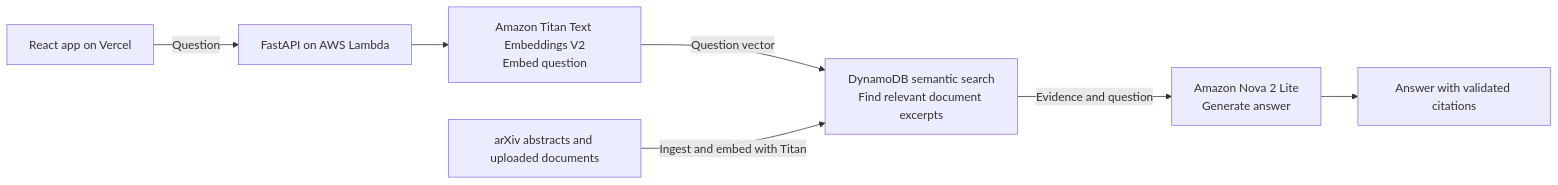
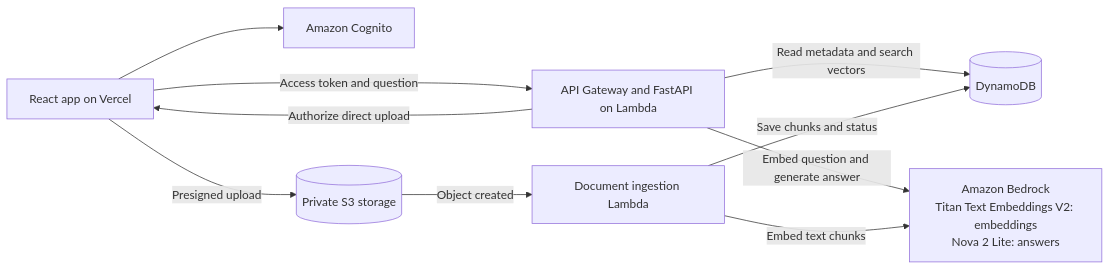
One commit to sldude/research-agent changed the diagram in README.md. Above: the diagram before and after it, drawn with Mermaid. The commit also changed other lines of this file, not shown here.

````diff
--- a/README.md
+++ b/README.md
@@ -34,9 +34,12 @@
 ```mermaid
 flowchart LR
-    UI[React app on Vercel] -->|Question| API[FastAPI on AWS Lambda]
-    API --> Titan["Amazon Titan Text Embeddings V2<br/>Embed question"]
-    Titan -->|Question vector| Search["DynamoDB semantic search<br/>Find relevant document excerpts"]
-    Search -->|Evidence and question| Nova["Amazon Nova 2 Lite<br/>Generate answer"]
-    Nova --> Answer[Answer with validated citations]
-    Docs[arXiv abstracts and uploaded documents] -->|Ingest and embed with Titan| Search
+    UI[React app on Vercel] --> Auth[Amazon Cognito]
+    UI -->|Access token and question| API[API Gateway and FastAPI on Lambda]
+    API -->|Read metadata and search vectors| DB[(DynamoDB)]
+    API -->|Embed question and generate answer| AI["Amazon Bedrock<br/>Titan Text Embeddings V2: embeddings<br/>Nova 2 Lite: answers"]
+    API -->|Authorize direct upload| UI
+    UI -->|Presigned upload| S3[(Private S3 storage)]
+    S3 -->|Object created| Worker[Document ingestion Lambda]
+    Worker -->|Embed text chunks| AI
+    Worker -->|Save chunks and status| DB
 ```
````
